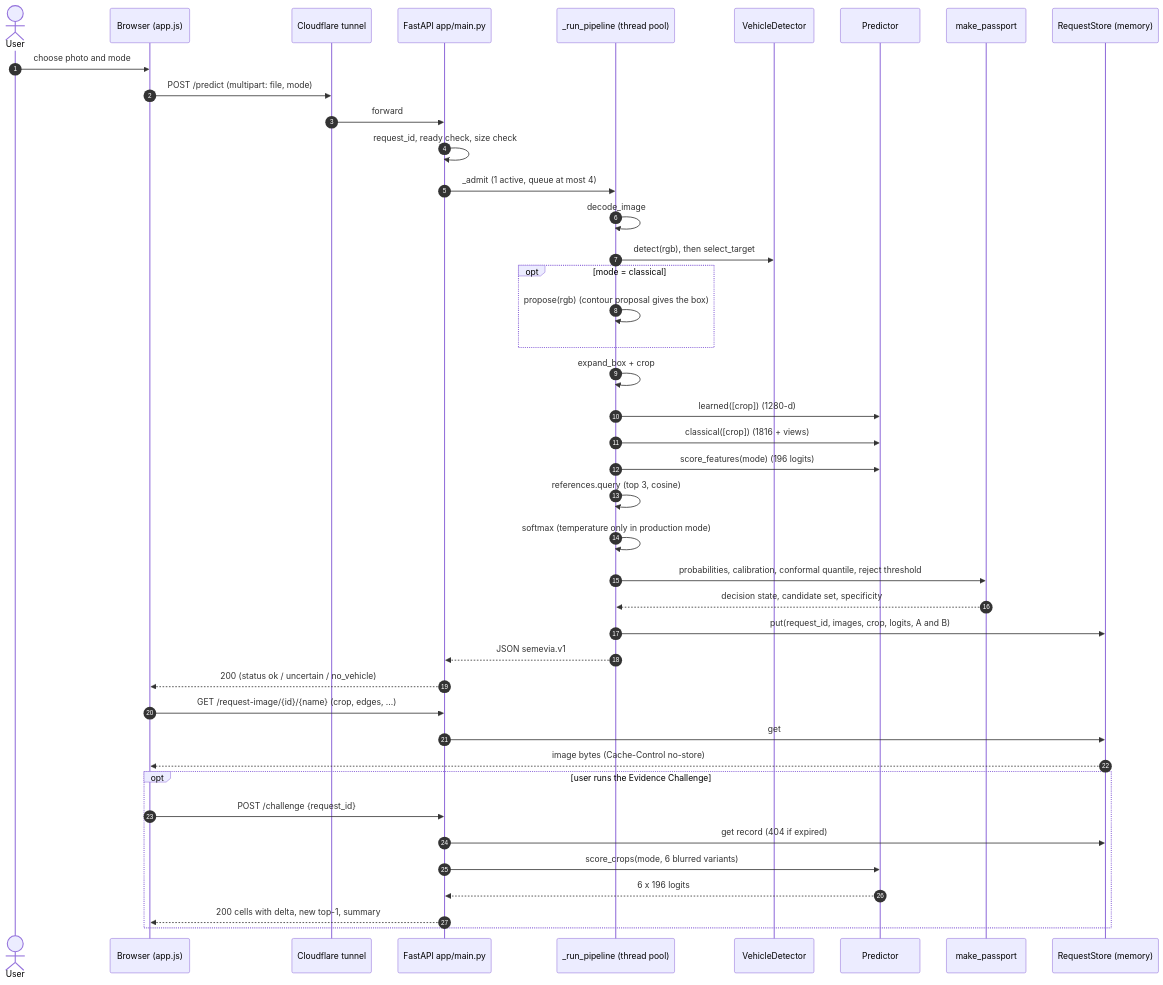
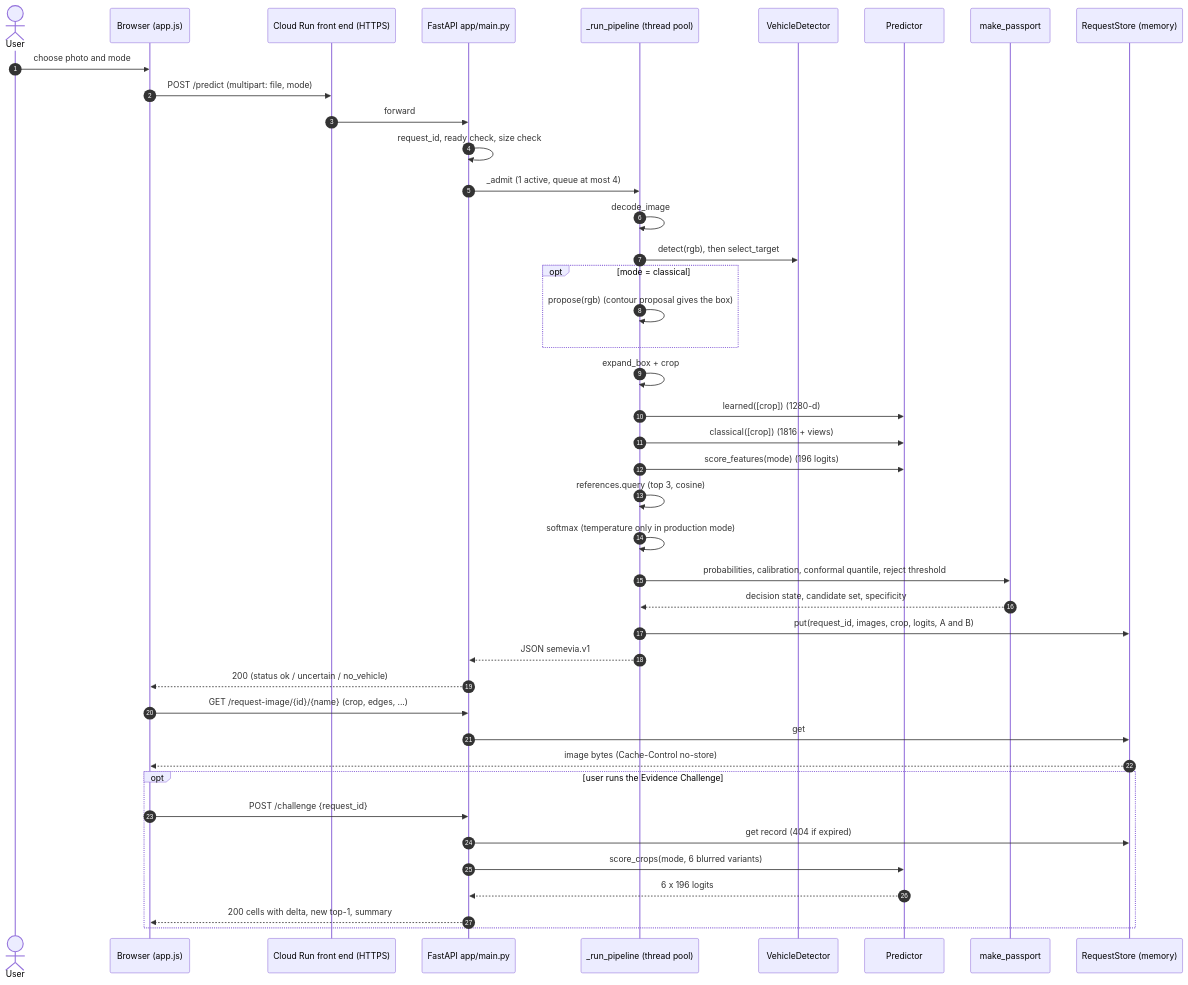
Before and after one commit to DuhItzAniket/SEMEVIA: the fourth of 7 diagrams in docs/architecture.md, drawn with Mermaid. The commit also changed other lines of this file and 13 other files, not shown here.

First line of the commit message:
docs: r3-int8 release and Google Cloud Run hosting

````diff
--- a/docs/architecture.md
+++ b/docs/architecture.md
@@ -210,45 +273,45 @@
 ```mermaid
 sequenceDiagram
     autonumber
     actor User
     participant B as Browser (app.js)
-    participant T as Cloudflare tunnel
+    participant T as Cloud Run front end (HTTPS)
     participant A as FastAPI app/main.py
     participant P as _run_pipeline (thread pool)
     participant Det as VehicleDetector
     participant Pr as Predictor
     participant Ps as make_passport
     participant S as RequestStore (memory)
 
     User->>B: choose photo and mode
     B->>T: POST /predict (multipart: file, mode)
     T->>A: forward
     A->>A: request_id, ready check, size check
     A->>P: _admit (1 active, queue at most 4)
     P->>P: decode_image
     P->>Det: detect(rgb), then select_target
     opt mode = classical
         P->>P: propose(rgb) (contour proposal gives the box)
     end
     P->>P: expand_box + crop
     P->>Pr: learned([crop]) (1280-d)
     P->>Pr: classical([crop]) (1816 + views)
     P->>Pr: score_features(mode) (196 logits)
     P->>P: references.query (top 3, cosine)
     P->>P: softmax (temperature only in production mode)
     P->>Ps: probabilities, calibration, conformal quantile, reject threshold
     Ps-->>P: decision state, candidate set, specificity
     P->>S: put(request_id, images, crop, logits, A and B)
     P-->>A: JSON semevia.v1
     A-->>B: 200 (status ok / uncertain / no_vehicle)
     B->>A: GET /request-image/{id}/{name} (crop, edges, ...)
     A->>S: get
     S-->>B: image bytes (Cache-Control no-store)
     opt user runs the Evidence Challenge
         B->>A: POST /challenge {request_id}
         A->>S: get record (404 if expired)
         A->>Pr: score_crops(mode, 6 blurred variants)
         Pr-->>A: 6 x 196 logits
         A-->>B: 200 cells with delta, new top-1, summary
     end
 ```
````
